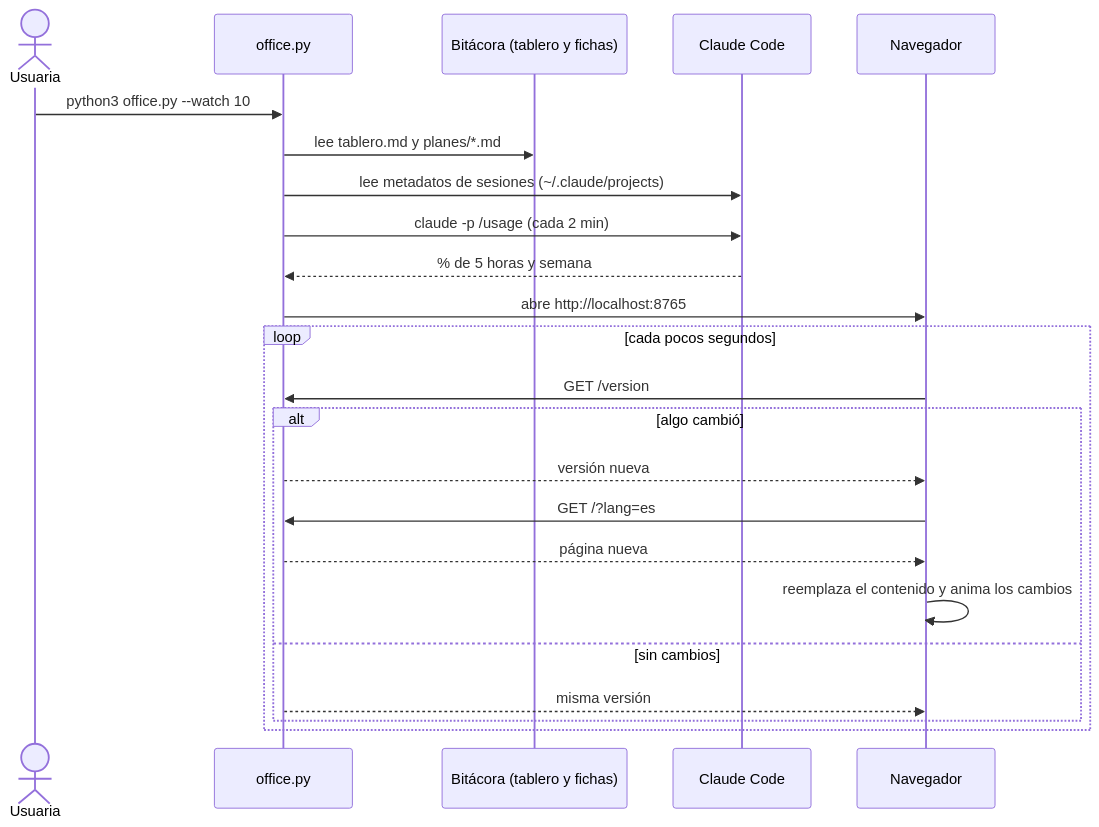
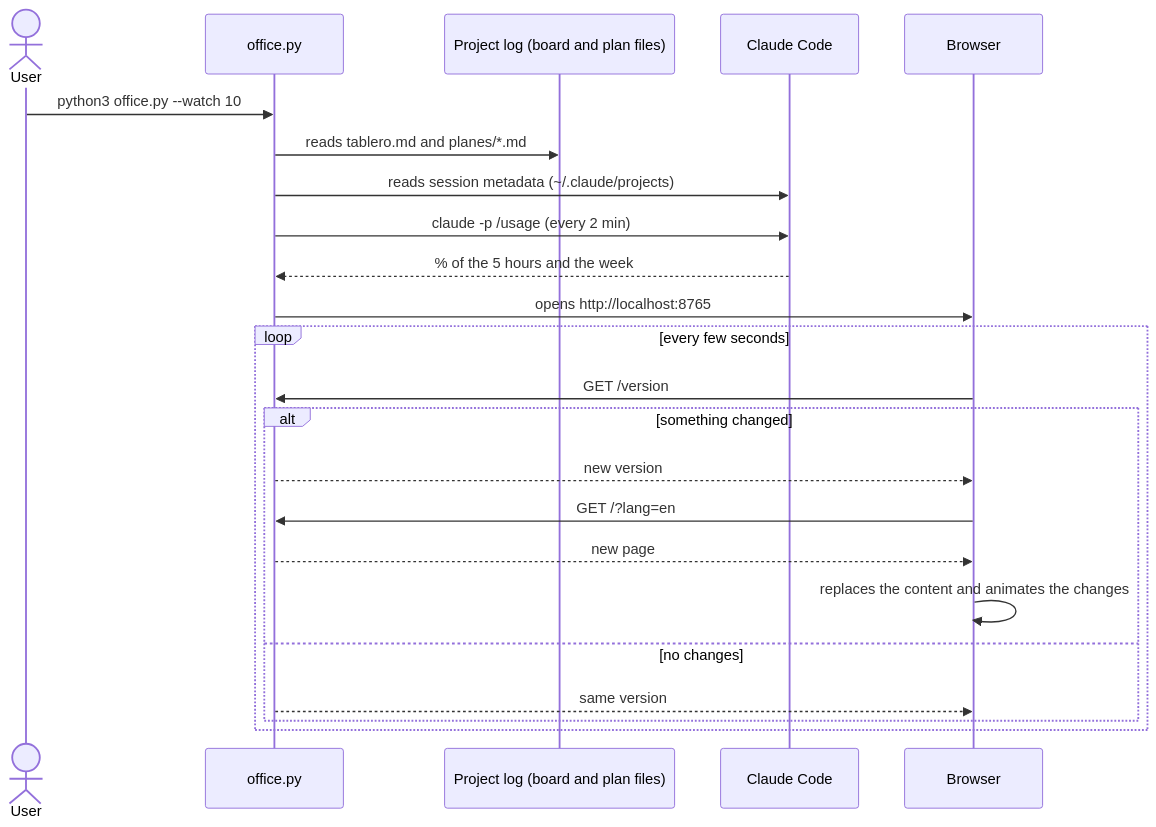
Before and after one commit to nathaliascode/agents-office: the second of 3 diagrams in README.md, drawn with Mermaid. The commit also changed other lines of this file and 2 other files, not shown here.

First line of the commit message:
docs: agregar el README en inglés y alemán, y dejar el español como versión aparte

````diff
--- a/README.md
+++ b/README.md
@@ -92,26 +93,26 @@
 ```mermaid
 sequenceDiagram
-    actor U as Usuaria
+    actor U as User
     participant O as office.py
-    participant B as Bitácora (tablero y fichas)
+    participant B as Project log (board and plan files)
     participant C as Claude Code
-    participant N as Navegador
+    participant N as Browser
 
     U->>O: python3 office.py --watch 10
-    O->>B: lee tablero.md y planes/*.md
-    O->>C: lee metadatos de sesiones (~/.claude/projects)
-    O->>C: claude -p /usage (cada 2 min)
-    C-->>O: % de 5 horas y semana
-    O->>N: abre http://localhost:8765
-    loop cada pocos segundos
+    O->>B: reads tablero.md and planes/*.md
+    O->>C: reads session metadata (~/.claude/projects)
+    O->>C: claude -p /usage (every 2 min)
+    C-->>O: % of the 5 hours and the week
+    O->>N: opens http://localhost:8765
+    loop every few seconds
         N->>O: GET /version
-        alt algo cambió
-            O-->>N: versión nueva
-            N->>O: GET /?lang=es
-            O-->>N: página nueva
-            N->>N: reemplaza el contenido y anima los cambios
-        else sin cambios
-            O-->>N: misma versión
+        alt something changed
+            O-->>N: new version
+            N->>O: GET /?lang=en
+            O-->>N: new page
+            N->>N: replaces the content and animates the changes
+        else no changes
+            O-->>N: same version
         end
     end
 ```
````
